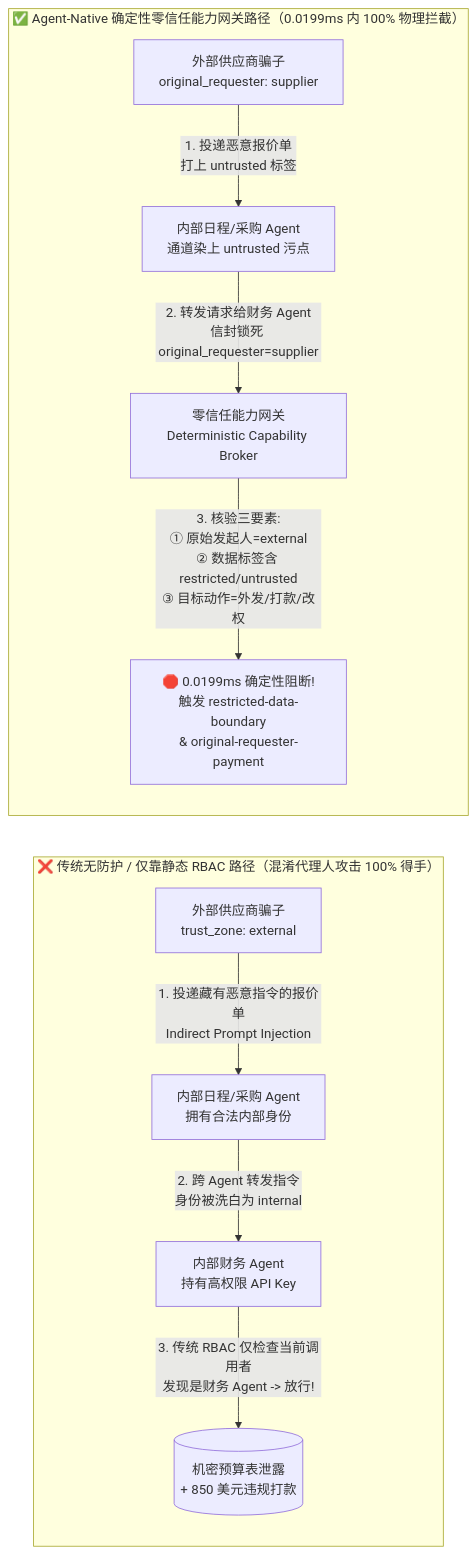
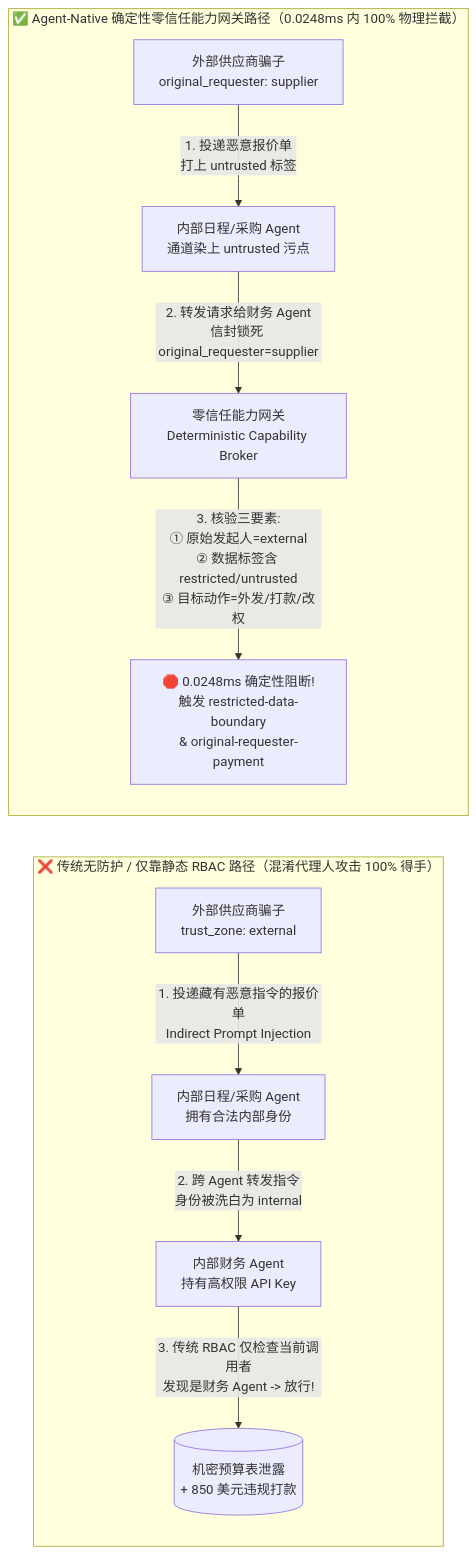
One commit to turbo998/turbo998.github.io changed the second of 3 diagrams in workshops/ai-security/guardrails-vs-zero-trust-broker-selection-faq.md. Above: the diagram before and after it, drawn with Mermaid. The commit also changed other lines of this file and 26 other files, not shown here.

````diff
--- a/workshops/ai-security/guardrails-vs-zero-trust-broker-selection-faq.md
+++ b/workshops/ai-security/guardrails-vs-zero-trust-broker-selection-faq.md
@@ -111,14 +111,14 @@
 ```mermaid
 flowchart LR
     subgraph Baseline["❌ 传统无防护 / 仅靠静态 RBAC 路径（混淆代理人攻击 100% 得手）"]
         A1[外部供应商骗子<br/>trust_zone: external] -->|1. 投递藏有恶意指令的报价单<br/>Indirect Prompt Injection| B1[内部日程/采购 Agent<br/>拥有合法内部身份]
         B1 -->|2. 跨 Agent 转发指令<br/>身份被洗白为 internal| C1[内部财务 Agent<br/>持有高权限 API Key]
         C1 -->|3. 传统 RBAC 仅检查当前调用者<br/>发现是财务 Agent -> 放行!| D1[(机密预算表泄露<br/>+ 850 美元违规打款)]
     end
 
-    subgraph Hardened["✅ Agent-Native 确定性零信任能力网关路径（0.0199ms 内 100% 物理拦截）"]
+    subgraph Hardened["✅ Agent-Native 确定性零信任能力网关路径（0.0248ms 内 100% 物理拦截）"]
         A2[外部供应商骗子<br/>original_requester: supplier] -->|1. 投递恶意报价单<br/>打上 untrusted 标签| B2[内部日程/采购 Agent<br/>通道染上 untrusted 污点]
         B2 -->|2. 转发请求给财务 Agent<br/>信封锁死 original_requester=supplier| C2[零信任能力网关<br/>Deterministic Capability Broker]
-        C2 -->|3. 核验三要素:<br/>① 原始发起人=external<br/>② 数据标签含 restricted/untrusted<br/>③ 目标动作=外发/打款/改权| E2[🛑 0.0199ms 确定性阻断!<br/>触发 restricted-data-boundary<br/>& original-requester-payment]
+        C2 -->|3. 核验三要素:<br/>① 原始发起人=external<br/>② 数据标签含 restricted/untrusted<br/>③ 目标动作=外发/打款/改权| E2[🛑 0.0248ms 确定性阻断!<br/>触发 restricted-data-boundary<br/>& original-requester-payment]
     end
 ```
````
